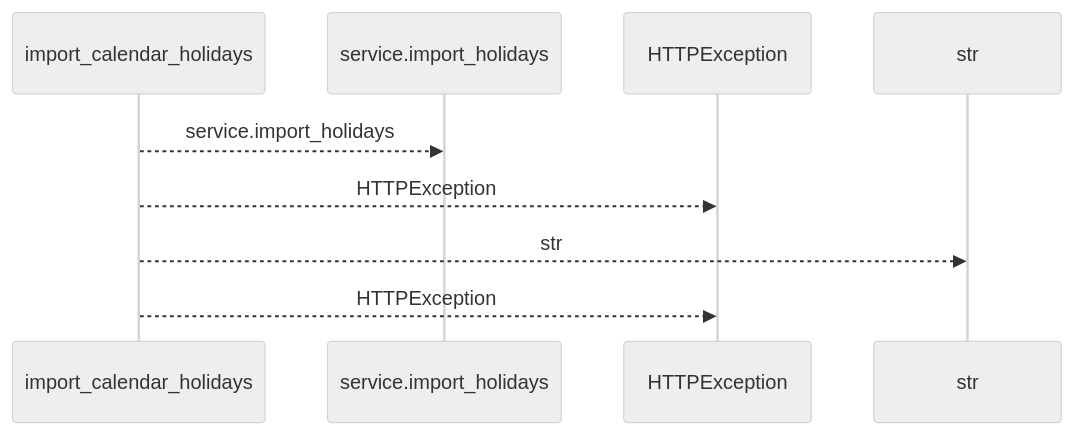
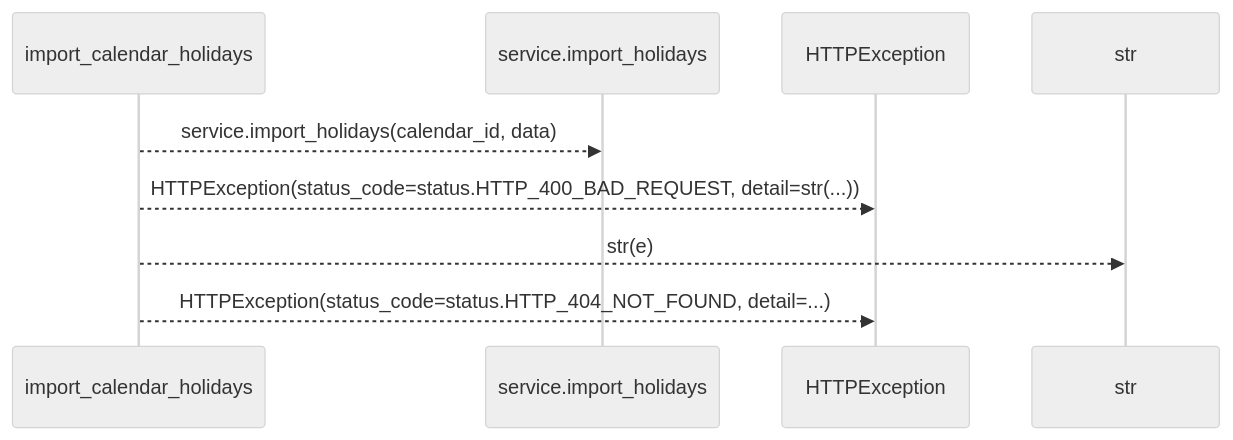
The first of 2 diagrams in docs/llm_wiki/flows/http-import_calendar_holidays.md (Denissvgn/WorkChord), drawn with Mermaid (neutral theme) before and after one commit. The commit also changed other lines of this file and 25171 other files, not shown here.

````diff
--- a/docs/llm_wiki/flows/http-import_calendar_holidays.md
+++ b/docs/llm_wiki/flows/http-import_calendar_holidays.md
@@ -10,11 +12,11 @@
 ```mermaid
 sequenceDiagram
     participant p0 as import_calendar_holidays
     participant p1 as service.import_holidays
     participant p2 as HTTPException
     participant p3 as str
-    p0-->>p1: service.import_holidays
-    p0-->>p2: HTTPException
-    p0-->>p3: str
-    p0-->>p2: HTTPException
+    p0-->>p1: service.import_holidays(calendar_id, data)
+    p0-->>p2: HTTPException(status_code=status.HTTP_400_BAD_REQUEST, detail=str(...))
+    p0-->>p3: str(e)
+    p0-->>p2: HTTPException(status_code=status.HTTP_404_NOT_FOUND, detail=...)
 ```
````
